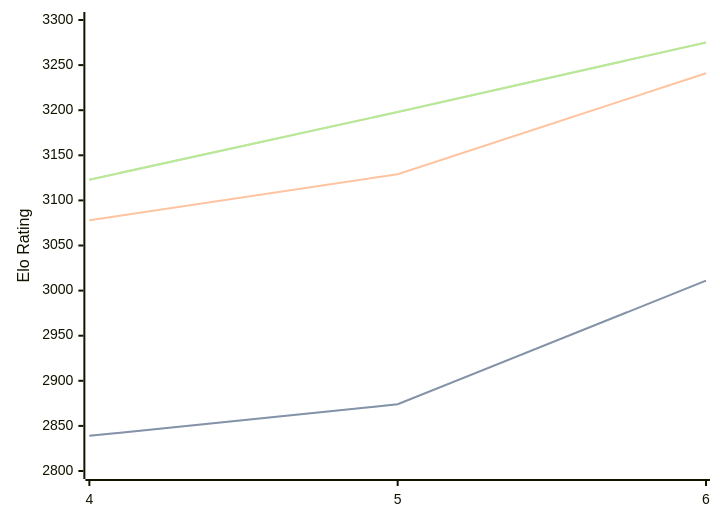
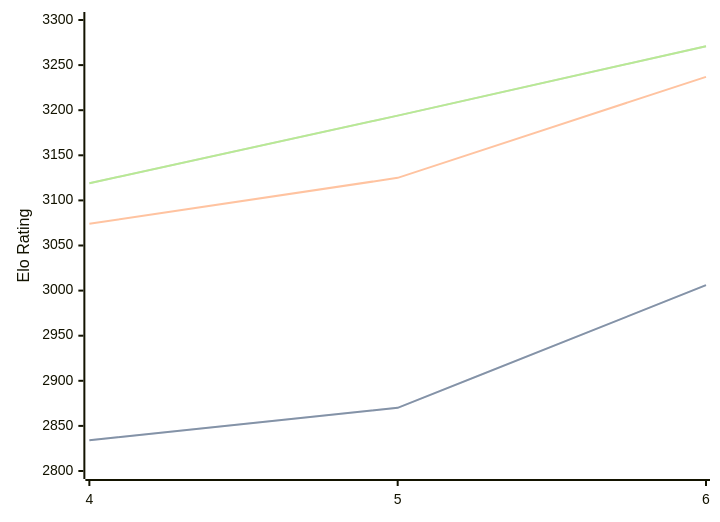
The first of 3 diagrams in engines/Cwtch.md (computer-chess-index/cci), drawn with Mermaid before and after one commit. The commit also changed other lines of this file, not shown here.

Commit message:
Update CCI Ratings (ELO VLTC) - 2026-07-16

````diff
--- a/engines/Cwtch.md
+++ b/engines/Cwtch.md
@@ -36,11 +36,11 @@
 ```mermaid
 %%{init: {"theme":"base","themeVariables":{"seriesColors:['#a3a3a3','#222221','#faa371']}}}%%
 xychart-beta
   x-axis ["4", "5", "6"]
   y-axis "Elo Rating" 2800 --> 3300
-  line "STC (8.0+0.08s)" [2839, 2874, 3011]
-  line "STC (8.0+0.08s)" [2839, 2874, 3011]
-  line "LTC (60.0+0.60s)" [3078, 3129, 3241]
-  line "VLTC (2m24s+1.12s)" [3123, 3198, 3275]
-  line "VLTC (2m24s+1.12s)" [3123, 3198, 3275]
+  line "STC (8.0+0.08s)" [2834, 2870, 3006]
+  line "STC (8.0+0.08s)" [2834, 2870, 3006]
+  line "LTC (60.0+0.60s)" [3074, 3125, 3237]
+  line "VLTC (2m24s+1.12s)" [3119, 3194, 3271]
+  line "VLTC (2m24s+1.12s)" [3119, 3194, 3271]
 ```
````
